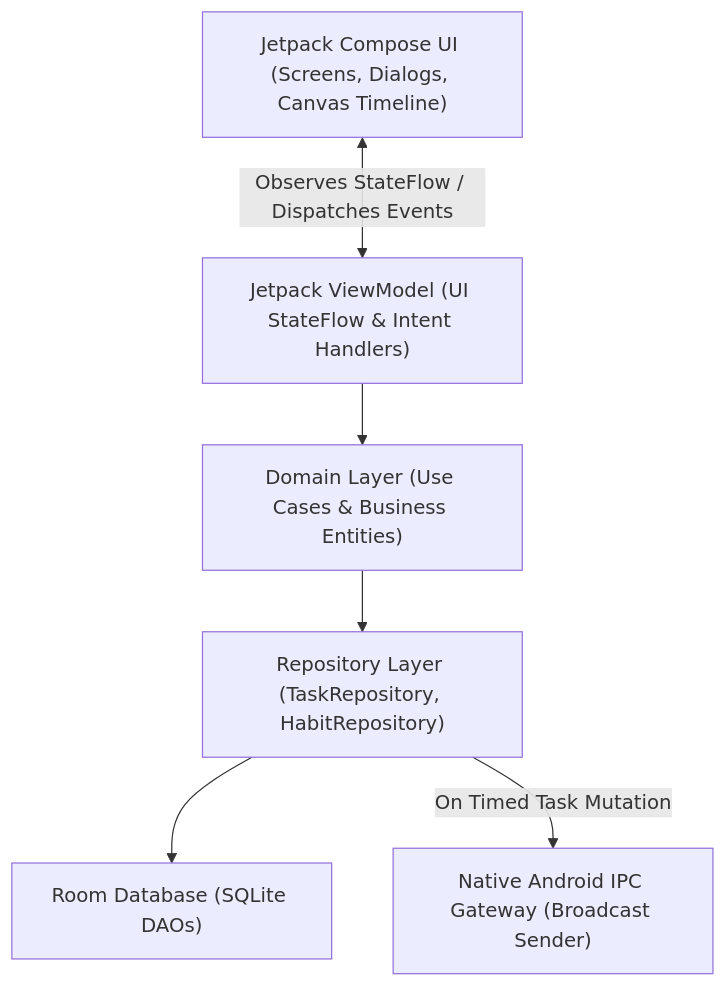
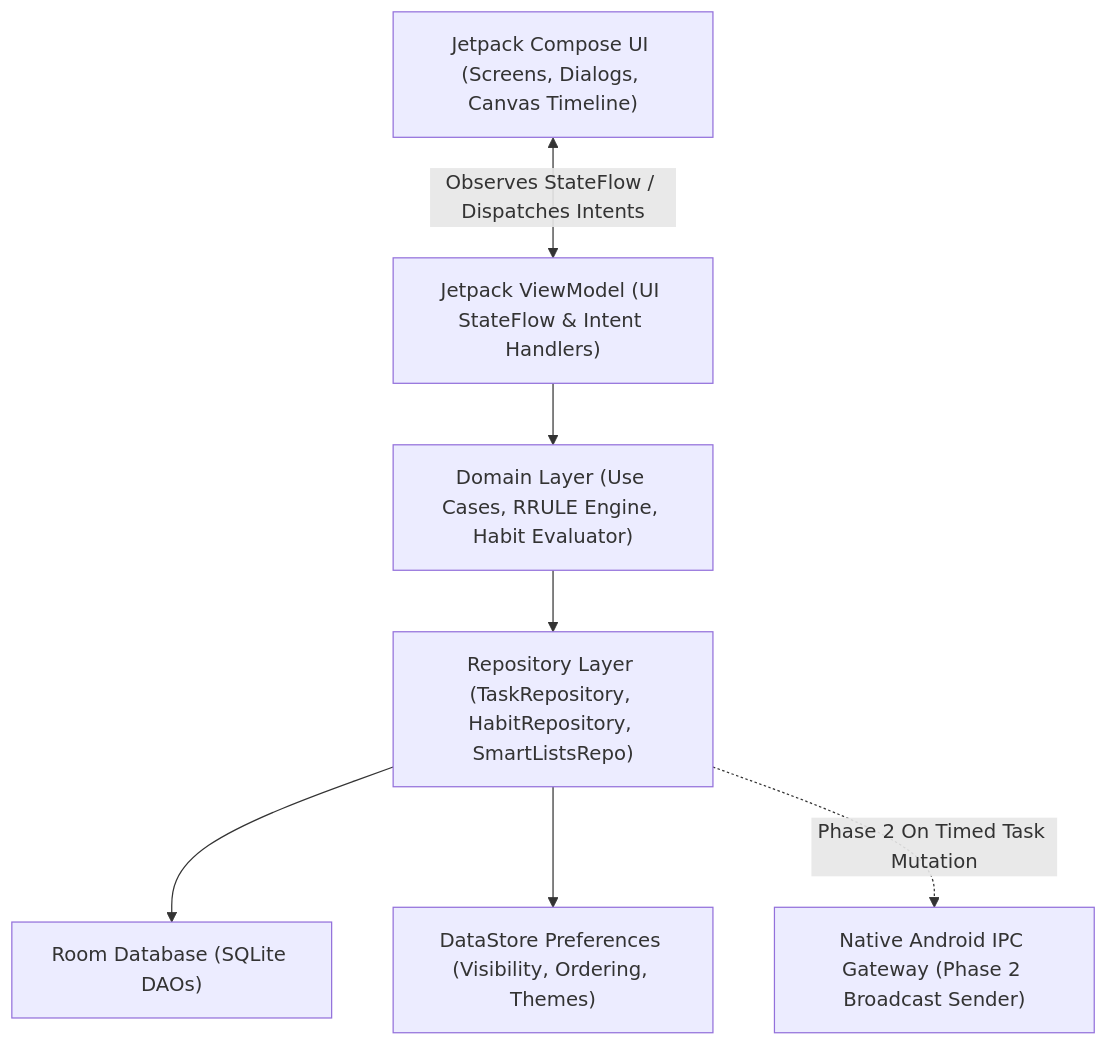
One commit to Arid-P/FLUX changed the diagram in prompts_v2/02_FLUXDONE_FD/Phase 1/FD_TRD_KOTLIN.md. Above: the diagram before and after it, drawn with Mermaid. The commit also changed other lines of this file and 4 other files, not shown here.

Commit message:
docs(fd-p1): complete Phase 1 holistic audit, harmonize Kotlin/JetBrains Compose stack and Room schemas

````diff
--- a/prompts_v2/02_FLUXDONE_FD/Phase 1/FD_TRD_KOTLIN.md
+++ b/prompts_v2/02_FLUXDONE_FD/Phase 1/FD_TRD_KOTLIN.md
@@ -30,15 +32,17 @@
 ```mermaid
 graph TD
     UI["Jetpack Compose UI (Screens, Dialogs, Canvas Timeline)"]
     VM["Jetpack ViewModel (UI StateFlow & Intent Handlers)"]
-    Domain["Domain Layer (Use Cases & Business Entities)"]
-    Repo["Repository Layer (TaskRepository, HabitRepository)"]
+    Domain["Domain Layer (Use Cases, RRULE Engine, Habit Evaluator)"]
+    Repo["Repository Layer (TaskRepository, HabitRepository, SmartListsRepo)"]
     Room["Room Database (SQLite DAOs)"]
-    IPC["Native Android IPC Gateway (Broadcast Sender)"]
+    DataStore["DataStore Preferences (Visibility, Ordering, Themes)"]
+    IPC["Native Android IPC Gateway (Phase 2 Broadcast Sender)"]
 
-    UI <-->|Observes StateFlow / Dispatches Events| VM
+    UI <-->|Observes StateFlow / Dispatches Intents| VM
     VM --> Domain
     Domain --> Repo
     Repo --> Room
-    Repo -->|On Timed Task Mutation| IPC
+    Repo --> DataStore
+    Repo -.->|Phase 2 On Timed Task Mutation| IPC
 ```
````
